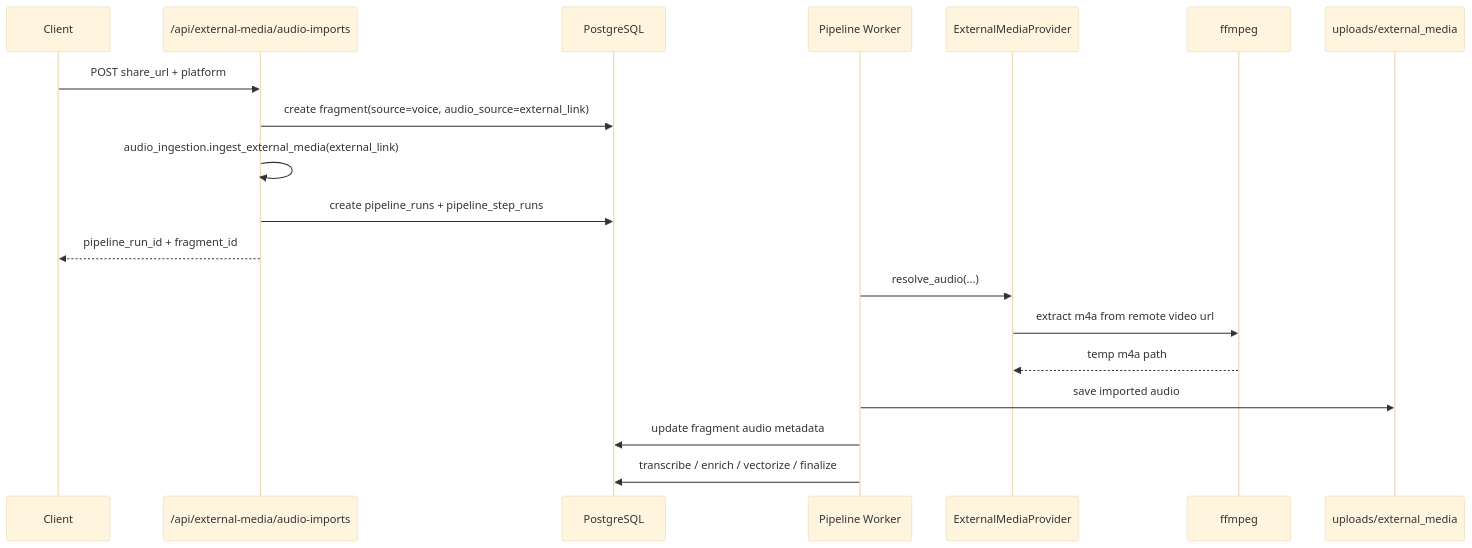
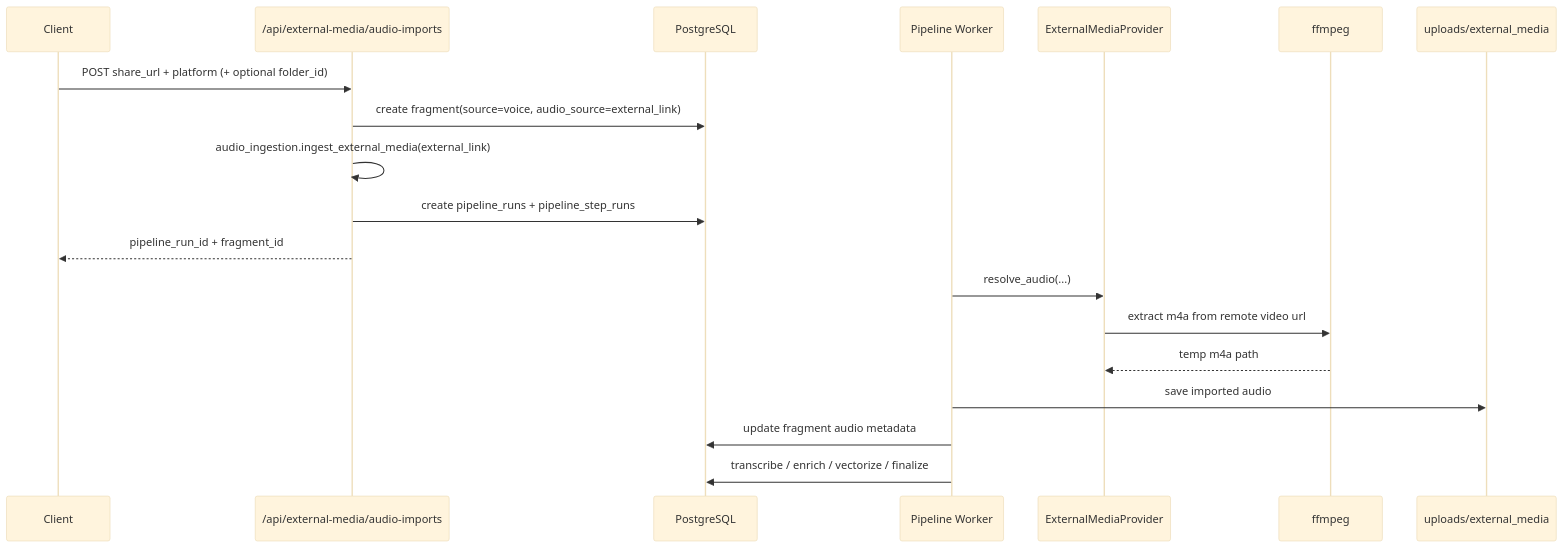
The fifth of 9 diagrams in memory-bank/architecture.md (YCZA2/SparkFlow), drawn with Mermaid (base theme) before and after one commit. The commit also changed other lines of this file and 28 other files, not shown here.

````diff
--- a/memory-bank/architecture.md
+++ b/memory-bank/architecture.md
@@ -308,22 +315,22 @@
 ```mermaid
 sequenceDiagram
     participant App as Client
     participant API as /api/external-media/audio-imports
     participant DB as PostgreSQL
     participant PIPE as Pipeline Worker
     participant Provider as ExternalMediaProvider
     participant FF as ffmpeg
     participant FS as uploads/external_media
 
-    App->>API: POST share_url + platform
+    App->>API: POST share_url + platform (+ optional folder_id)
     API->>DB: create fragment(source=voice, audio_source=external_link)
     API->>API: audio_ingestion.ingest_external_media(external_link)
     API->>DB: create pipeline_runs + pipeline_step_runs
     API-->>App: pipeline_run_id + fragment_id
     PIPE->>Provider: resolve_audio(...)
     Provider->>FF: extract m4a from remote video url
     FF-->>Provider: temp m4a path
     PIPE->>FS: save imported audio
     PIPE->>DB: update fragment audio metadata
     PIPE->>DB: transcribe / enrich / vectorize / finalize
 ```
````
